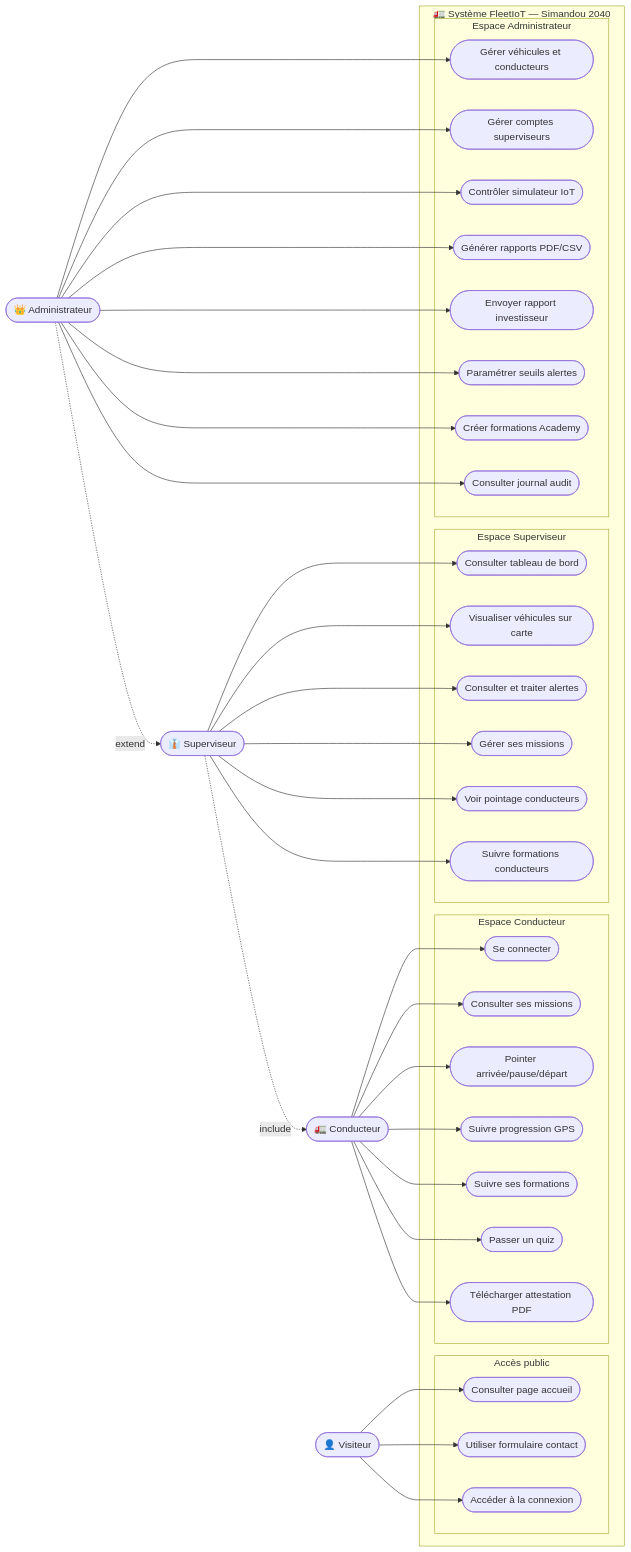
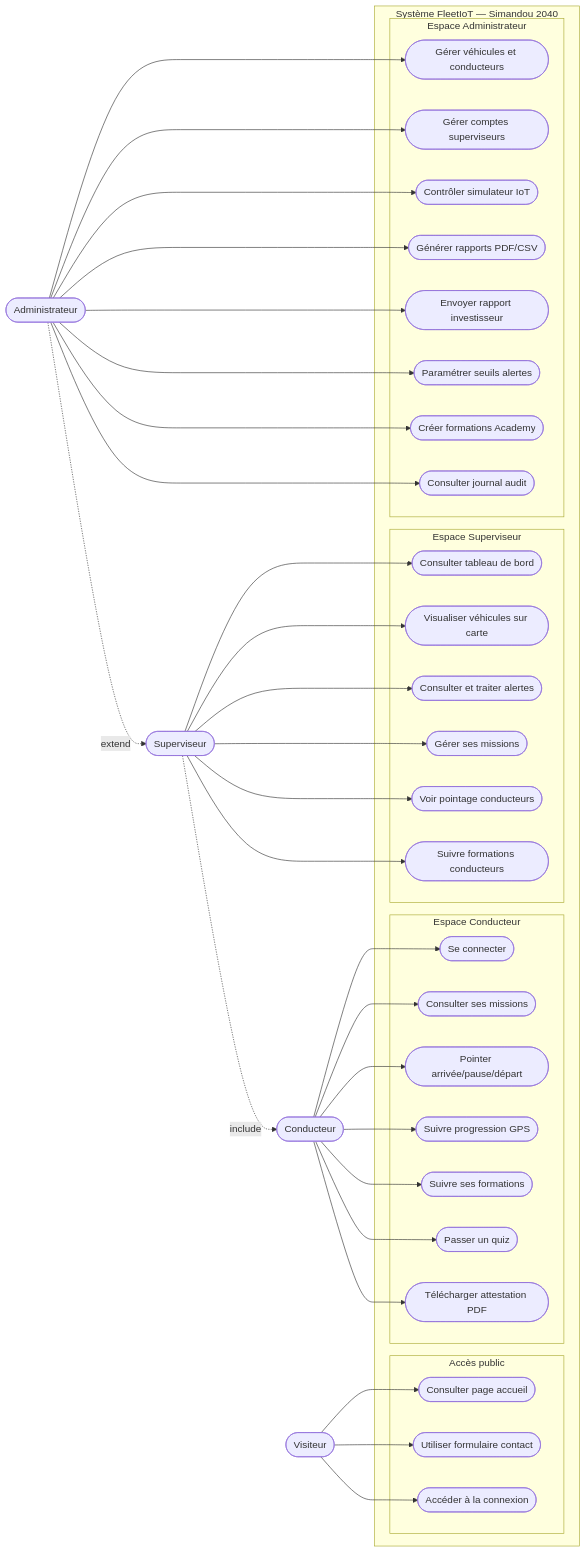
The second of 3 diagrams in README.md (mamadoumadioudiallo/Diallo9999), drawn with Mermaid before and after one commit. The commit also changed other lines of this file, not shown here.

````diff
--- a/README.md
+++ b/README.md
@@ -131,78 +131,78 @@
 ```mermaid
 flowchart LR
-    Visiteur(["👤 Visiteur"])
-    Conducteur(["🚛 Conducteur"])
-    Superviseur(["👔 Superviseur"])
-    Admin(["👑 Administrateur"])
+    Visiteur([" Visiteur"])
+    Conducteur([" Conducteur"])
+    Superviseur([" Superviseur"])
+    Admin([" Administrateur"])
 
-    subgraph SYS["🚛 Système FleetIoT — Simandou 2040"]
+    subgraph SYS[" Système FleetIoT — Simandou 2040"]
 
         subgraph VIS["Accès public"]
             UC1(["Consulter page accueil"])
             UC2(["Utiliser formulaire contact"])
             UC3(["Accéder à la connexion"])
         end
 
         subgraph COND["Espace Conducteur"]
             UC4(["Se connecter"])
             UC5(["Consulter ses missions"])
             UC6(["Pointer arrivée/pause/départ"])
             UC7(["Suivre progression GPS"])
             UC8(["Suivre ses formations"])
             UC9(["Passer un quiz"])
             UC10(["Télécharger attestation PDF"])
         end
 
         subgraph SUP["Espace Superviseur"]
             UC11(["Consulter tableau de bord"])
             UC12(["Visualiser véhicules sur carte"])
             UC13(["Consulter et traiter alertes"])
             UC14(["Gérer ses missions"])
             UC15(["Voir pointage conducteurs"])
             UC16(["Suivre formations conducteurs"])
         end
 
         subgraph ADM["Espace Administrateur"]
             UC17(["Gérer véhicules et conducteurs"])
             UC18(["Gérer comptes superviseurs"])
             UC19(["Contrôler simulateur IoT"])
             UC20(["Générer rapports PDF/CSV"])
             UC21(["Envoyer rapport investisseur"])
             UC22(["Paramétrer seuils alertes"])
             UC23(["Créer formations Academy"])
             UC24(["Consulter journal audit"])
         end
 
     end
 
     Visiteur --> UC1
     Visiteur --> UC2
     Visiteur --> UC3
 
     Conducteur --> UC4
     Conducteur --> UC5
     Conducteur --> UC6
     Conducteur --> UC7
     Conducteur --> UC8
     Conducteur --> UC9
     Conducteur --> UC10
 
     Superviseur --> UC11
     Superviseur --> UC12
     Superviseur --> UC13
     Superviseur --> UC14
     Superviseur --> UC15
     Superviseur --> UC16
 
     Admin --> UC17
     Admin --> UC18
     Admin --> UC19
     Admin --> UC20
     Admin --> UC21
     Admin --> UC22
     Admin --> UC23
     Admin --> UC24
 
     Superviseur -.->|include| Conducteur
     Admin -.->|extend| Superviseur
 ```
````
